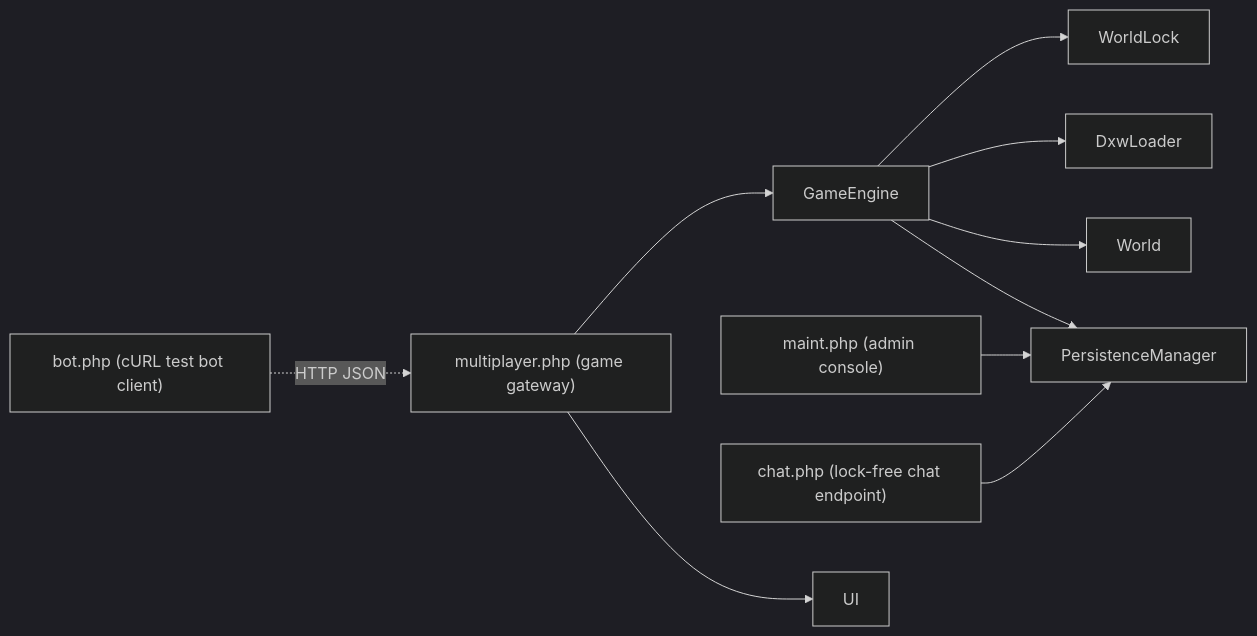
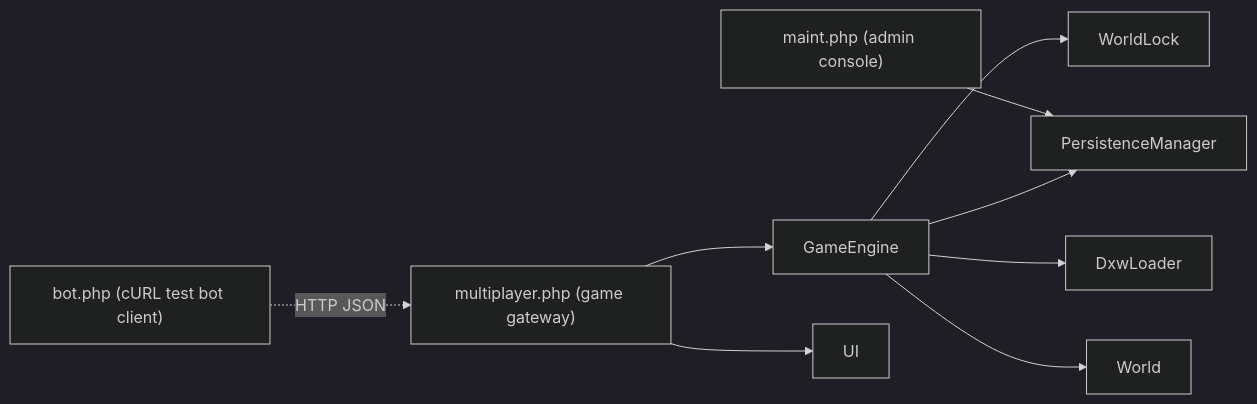
The third of 5 diagrams in docs/CLASS_HIERARCHY.md (cleoni/dimya), drawn with Mermaid (dark theme) before and after one commit. The commit also changed other lines of this file and 6 other files, not shown here.

Commit message:
droppped chat.php in favor of msgs view

````diff
--- a/docs/CLASS_HIERARCHY.md
+++ b/docs/CLASS_HIERARCHY.md
@@ -87,12 +87,11 @@
 ```mermaid
 flowchart LR
     multiplayer["multiplayer.php (game gateway)"] --> GameEngine
-    chat["chat.php (lock-free chat endpoint)"] --> PersistenceManager
     maint["maint.php (admin console)"] --> PersistenceManager
     bot["bot.php (cURL test bot client)"] -. HTTP JSON .-> multiplayer
     GameEngine --> WorldLock
     GameEngine --> PersistenceManager
     GameEngine --> DxwLoader
     GameEngine --> World
     multiplayer --> UI
 ```
````
